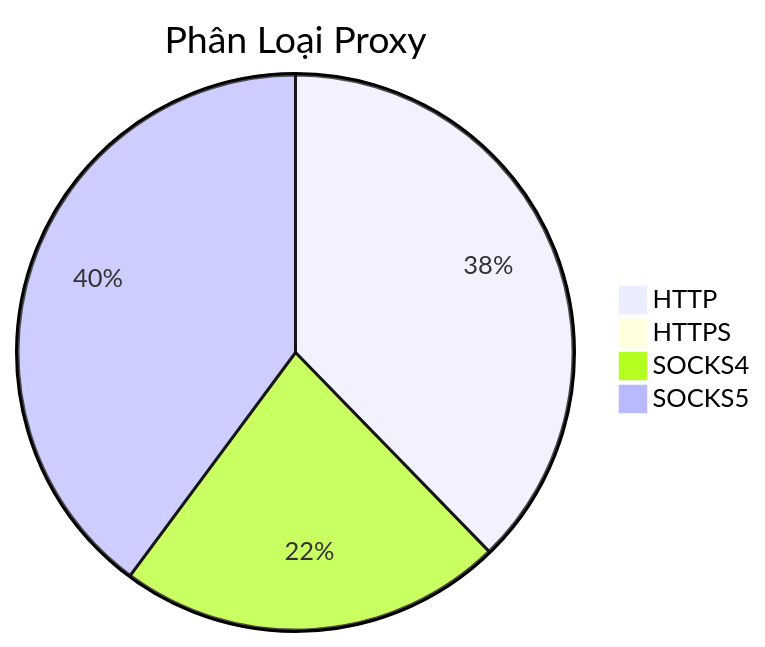
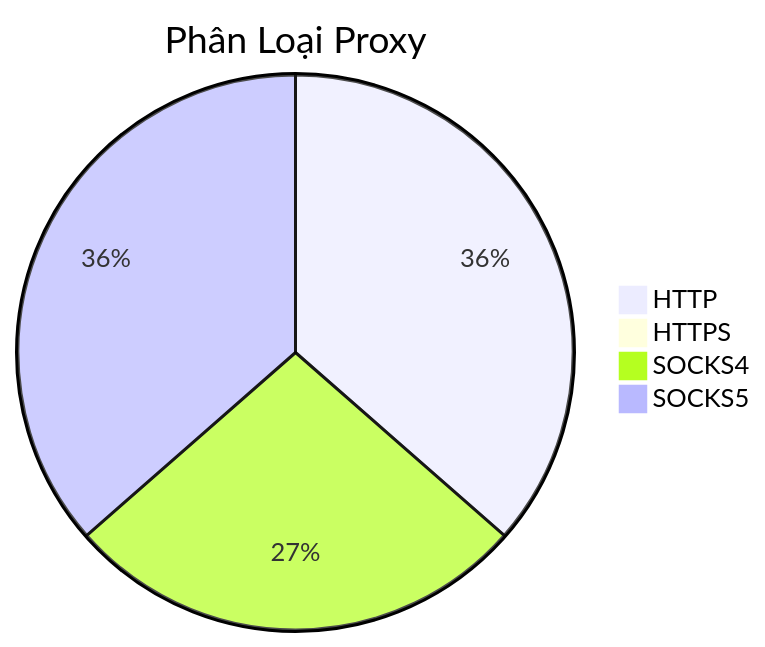
Before and after one commit to Ciara-12/PROXY-free: the diagram in README.md, drawn with Mermaid. The commit also changed other lines of this file and 3 other files, not shown here.

````diff
--- a/README.md
+++ b/README.md
@@ -26,7 +26,7 @@
 ```mermaid
 pie title Phân Loại Proxy
-    "HTTP" : 407
+    "HTTP" : 362
     "HTTPS" : 0
-    "SOCKS4" : 242
-    "SOCKS5" : 430
+    "SOCKS4" : 269
+    "SOCKS5" : 362
 ```
````
